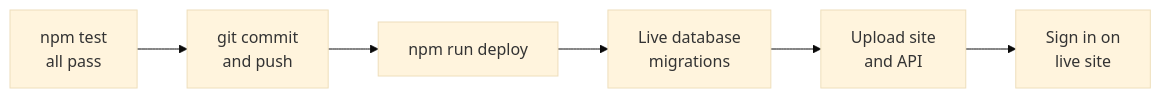
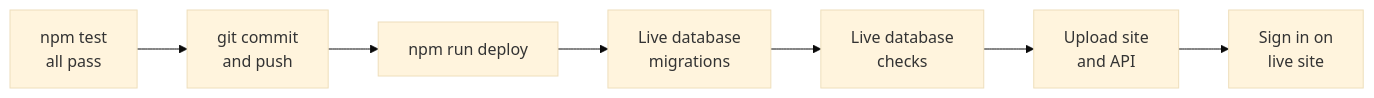
Before and after one commit to gvogas/medDashboard: the second of 2 diagrams in docs/DEPLOYING.md, drawn with Mermaid (base theme). The commit also changed other lines of this file and 33 other files, not shown here.

````diff
--- a/docs/DEPLOYING.md
+++ b/docs/DEPLOYING.md
@@ -89,8 +91,9 @@
 ```mermaid
 flowchart LR
   A[npm test<br/>all pass] --> B[git commit<br/>and push]
   B --> C[npm run deploy]
   C --> D[Live database<br/>migrations]
-  D --> E[Upload site<br/>and API]
+  D --> G[Live database<br/>checks]
+  G --> E[Upload site<br/>and API]
   E --> F[Sign in on<br/>live site]
 ```
````
